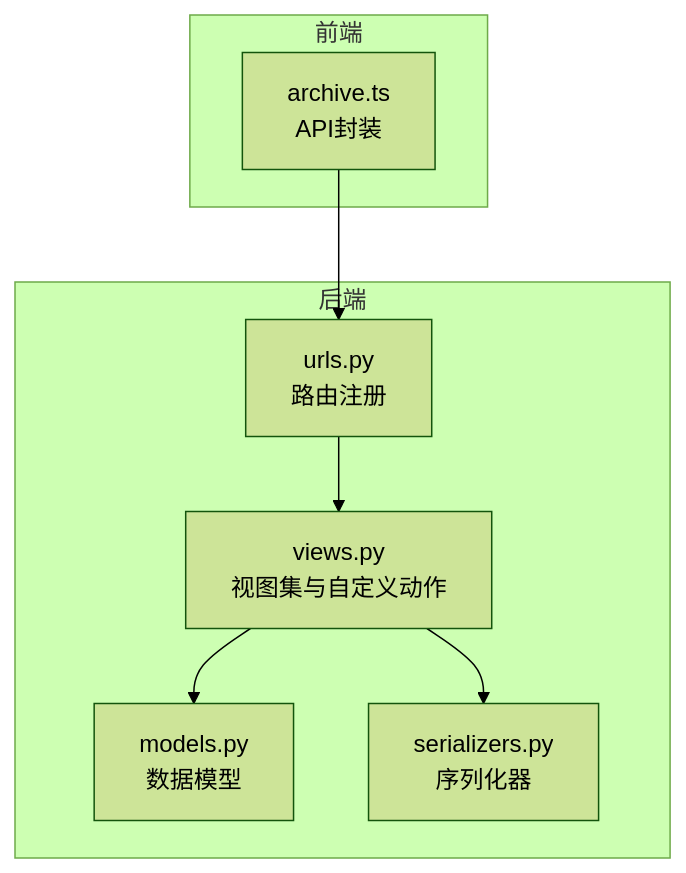
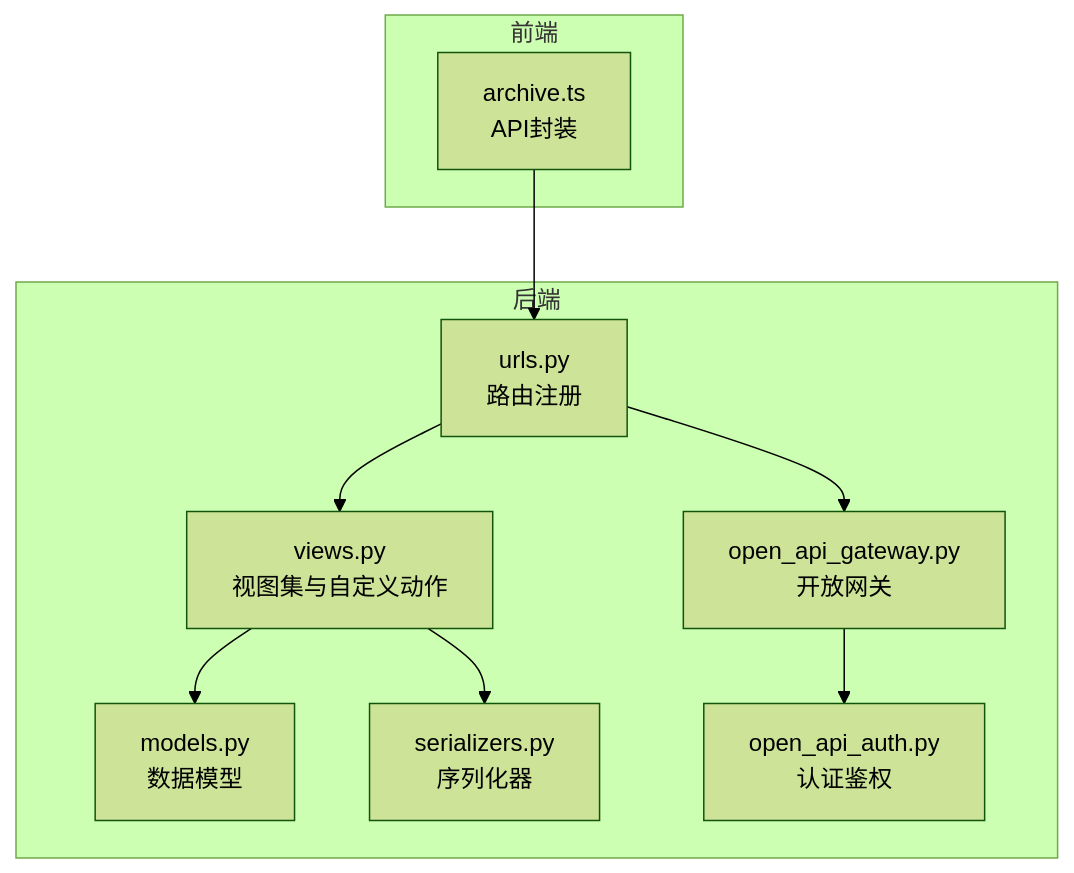
Before and after one commit to zyp-coder/Metadata: the first of 8 diagrams in .qoder/repowiki/zh/content/API参考文档/档案管理API/档案管理API.md, drawn with Mermaid (forest theme). The commit also changed other lines of this file and 54 other files, not shown here.

````diff
--- a/.qoder/repowiki/zh/content/API参考文档/档案管理API/档案管理API.md
+++ b/.qoder/repowiki/zh/content/API参考文档/档案管理API/档案管理API.md
@@ -30,16 +40,20 @@
 ```mermaid
 graph TB
 subgraph "后端"
 A["urls.py<br/>路由注册"]
 B["views.py<br/>视图集与自定义动作"]
 C["models.py<br/>数据模型"]
 D["serializers.py<br/>序列化器"]
+E["open_api_gateway.py<br/>开放网关"]
+F["open_api_auth.py<br/>认证鉴权"]
 end
 subgraph "前端"
-E["archive.ts<br/>API封装"]
+G["archive.ts<br/>API封装"]
 end
-E --> A
+G --> A
 A --> B
+A --> E
+E --> F
 B --> C
 B --> D
 ```
````
